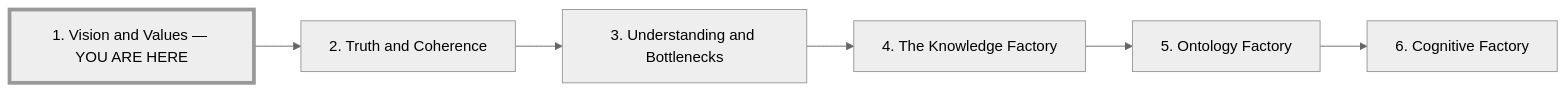
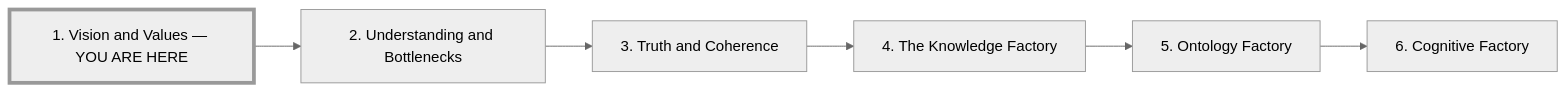
The diagram in libs/blogs/articles/vision-and-values/outline.md (th-m/th-m), drawn with Mermaid (neutral theme) before and after one commit. The commit also changed other lines of this file and 23 other files, not shown here.

Commit message:
edit(ai-factory): place understanding before truth in series

````diff
--- a/libs/blogs/articles/vision-and-values/outline.md
+++ b/libs/blogs/articles/vision-and-values/outline.md
@@ -363,11 +363,11 @@
 ```mermaid
 flowchart LR
   V["1. Vision and Values — YOU ARE HERE"]
-  T["2. Truth and Coherence"]
-  U["3. Understanding and Bottlenecks"]
+  U["2. Understanding and Bottlenecks"]
+  T["3. Truth and Coherence"]
   K["4. The Knowledge Factory"]
   O["5. Ontology Factory"]
   C["6. Cognitive Factory"]
-  V --> T --> U --> K --> O --> C
+  V --> U --> T --> K --> O --> C
   style V stroke-width:4px
 ```
````
